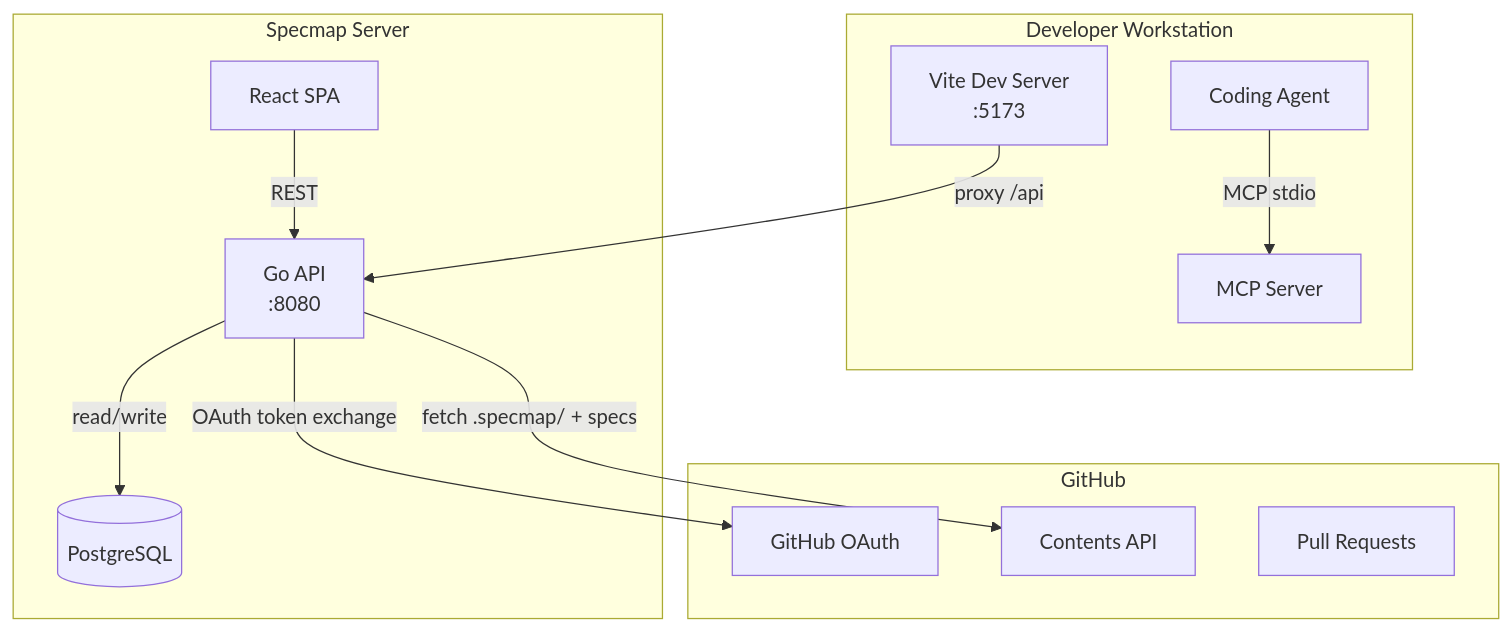
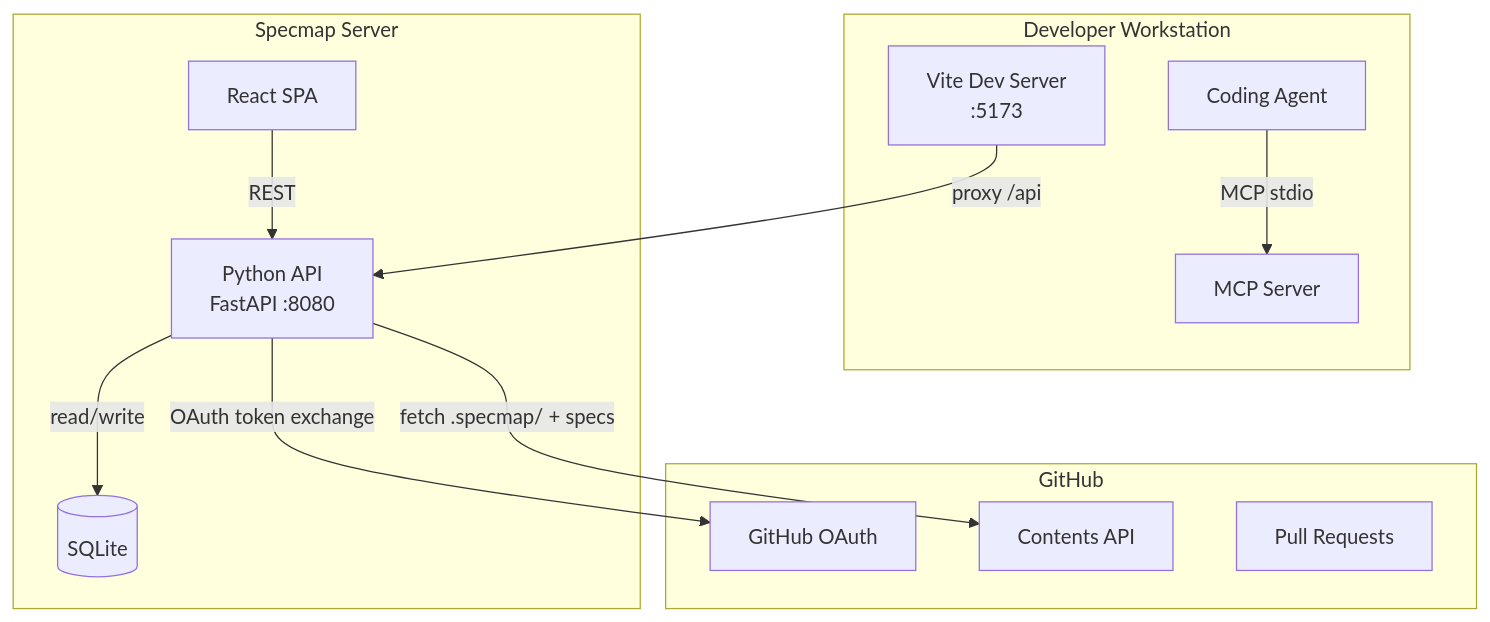
One commit to jdraines/specmap changed the second of 2 diagrams in docs/concepts/architecture.md. Above: the diagram before and after it, drawn with Mermaid. The commit also changed other lines of this file and 97 other files, not shown here.

````diff
--- a/docs/concepts/architecture.md
+++ b/docs/concepts/architecture.md
@@ -68,27 +68,27 @@
 ```mermaid
 graph TB
     subgraph "Developer Workstation"
         Agent[Coding Agent]
         MCP[MCP Server]
         Vite[Vite Dev Server<br/>:5173]
     end
 
     subgraph "Specmap Server"
         Web[React SPA]
-        API[Go API<br/>:8080]
-        DB[(PostgreSQL)]
+        API[Python API<br/>FastAPI :8080]
+        DB[(SQLite)]
     end
 
     subgraph "GitHub"
         OAuth[GitHub OAuth]
         Contents[Contents API]
         PR[Pull Requests]
     end
 
     Agent -->|MCP stdio| MCP
     Vite -->|proxy /api| API
     Web -->|REST| API
     API -->|read/write| DB
     API -->|OAuth token exchange| OAuth
     API -->|fetch .specmap/ + specs| Contents
 ```
````
